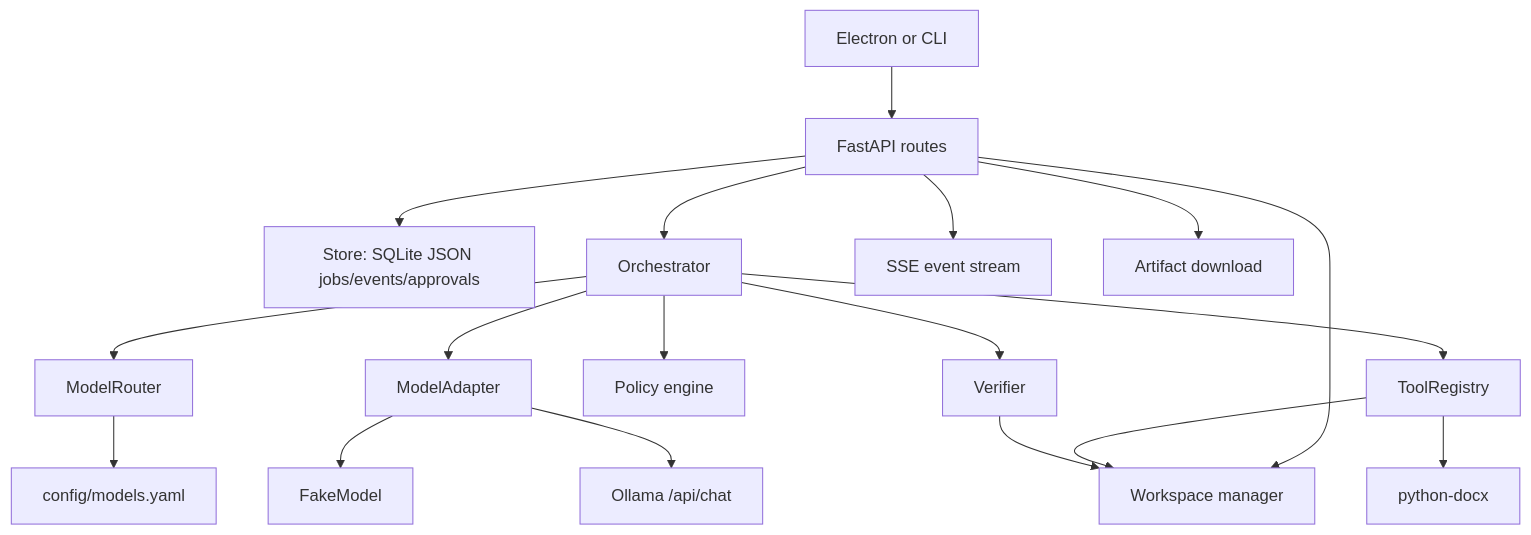
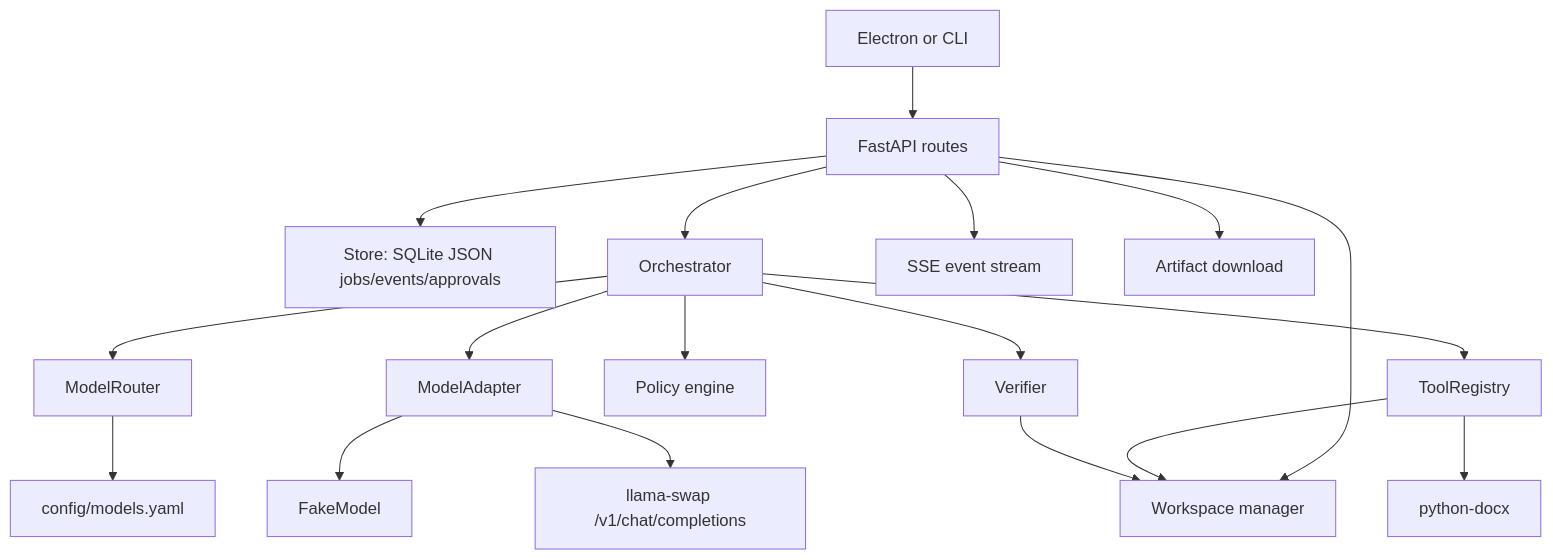
Before and after one commit to hardsubjectParth/uptown-funC: the diagram in sovereign-agent-orchestrator/team_work.md, drawn with Mermaid. The commit also changed other lines of this file and 15 other files, not shown here.

````diff
--- a/sovereign-agent-orchestrator/team_work.md
+++ b/sovereign-agent-orchestrator/team_work.md
@@ -401,20 +412,20 @@
 ```mermaid
 flowchart TD
   Client[Electron or CLI] --> API[FastAPI routes]
   API --> Store[Store: SQLite JSON jobs/events/approvals]
   API --> WS[Workspace manager]
   API --> Orch[Orchestrator]
   Orch --> Router[ModelRouter]
   Router --> YAML[config/models.yaml]
   Orch --> Adapter[ModelAdapter]
   Adapter --> Fake[FakeModel]
-  Adapter --> Ollama[Ollama /api/chat]
+  Adapter --> Server[llama-swap /v1/chat/completions]
   Orch --> Policy[Policy engine]
   Orch --> Tools[ToolRegistry]
   Tools --> WS
   Tools --> Docx[python-docx]
   Orch --> Verify[Verifier]
   Verify --> WS
   API --> SSE[SSE event stream]
   API --> Artifact[Artifact download]
 ```
````
